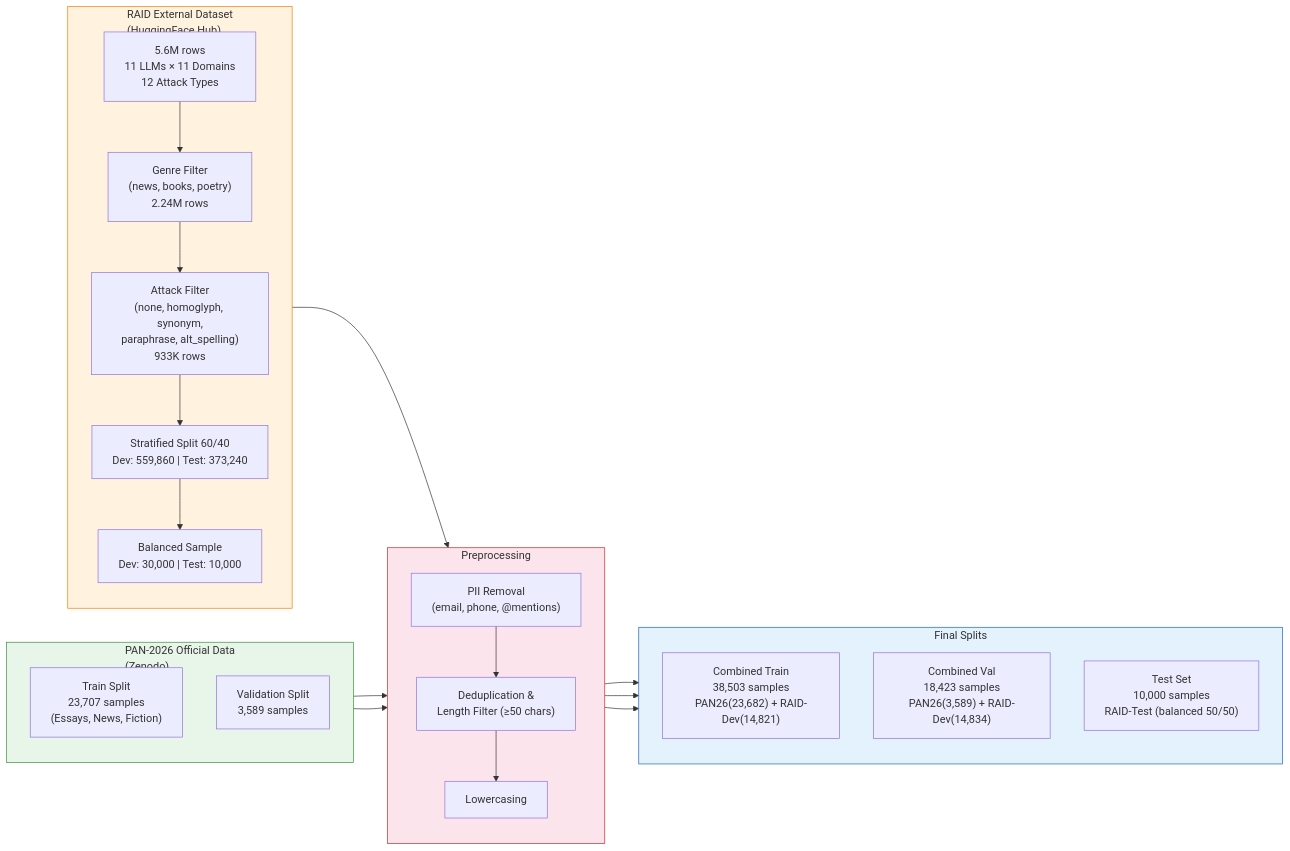
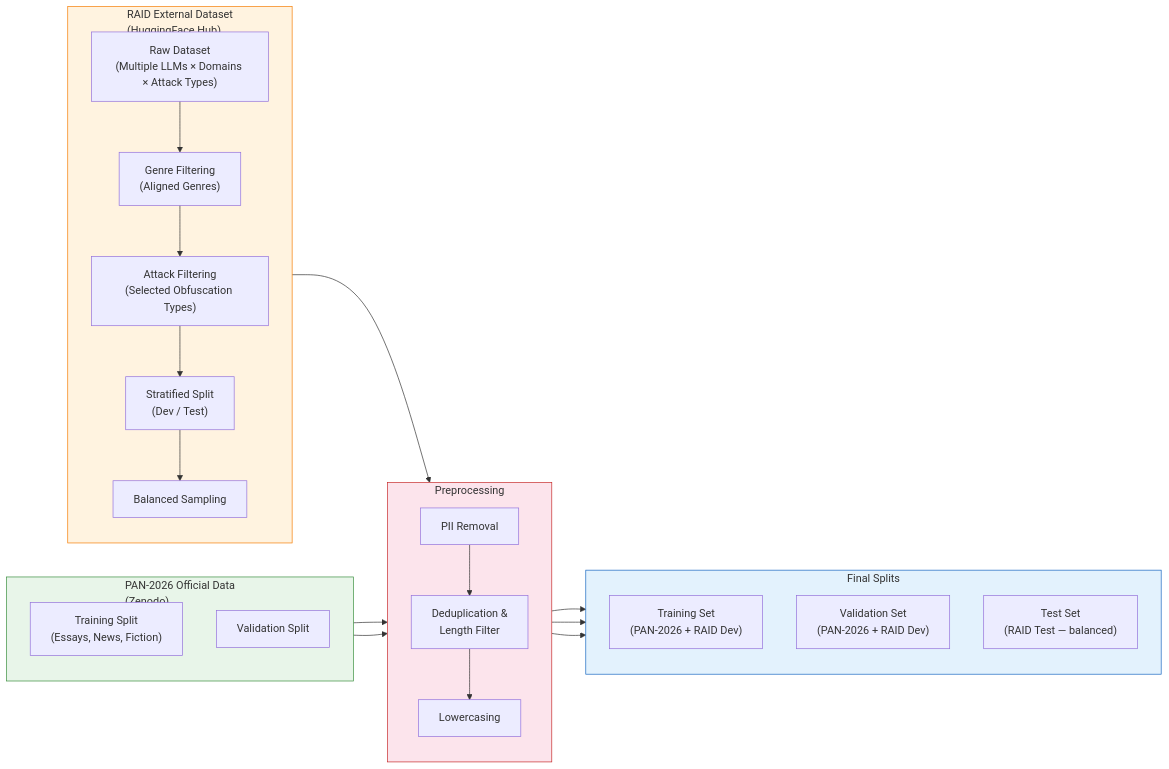
Before and after one commit to Mahmood-Anaam/radar: the diagram in docs/mermaid/data_pipeline.mmd, drawn with Mermaid. The commit also changed 4 other files, not shown here.

Commit message:
Generalize diagrams and finalize paper content for publication

```diff
--- a/docs/mermaid/data_pipeline.mmd
+++ b/docs/mermaid/data_pipeline.mmd
@@ -1,41 +1,41 @@
 flowchart LR
     subgraph PAN26["PAN-2026 Official Data\n(Zenodo)"]
         direction TB
-        P_TRAIN["Train Split\n23,707 samples\n(Essays, News, Fiction)"]
-        P_VAL["Validation Split\n3,589 samples"]
+        P_TRAIN["Training Split\n(Essays, News, Fiction)"]
+        P_VAL["Validation Split"]
     end
 
     subgraph RAID["RAID External Dataset\n(HuggingFace Hub)"]
         direction TB
-        R_RAW["5.6M rows\n11 LLMs × 11 Domains\n12 Attack Types"]
-        R_FILT["Genre Filter\n(news, books, poetry)\n2.24M rows"]
-        R_ATT["Attack Filter\n(none, homoglyph, synonym,\nparaphrase, alt_spelling)\n933K rows"]
-        R_SPLIT["Stratified Split 60/40\nDev: 559,860 | Test: 373,240"]
-        R_SAMPLE["Balanced Sample\nDev: 30,000 | Test: 10,000"]
+        R_RAW["Raw Dataset\n(Multiple LLMs × Domains × Attack Types)"]
+        R_FILT["Genre Filtering\n(Aligned Genres)"]
+        R_ATT["Attack Filtering\n(Selected Obfuscation Types)"]
+        R_SPLIT["Stratified Split\n(Dev / Test)"]
+        R_SAMPLE["Balanced Sampling"]
         R_RAW --> R_FILT --> R_ATT --> R_SPLIT --> R_SAMPLE
     end
 
     subgraph PREPROC["Preprocessing"]
         direction TB
-        PII["PII Removal\n(email, phone, @mentions)"]
-        DEDUP["Deduplication &\nLength Filter (≥50 chars)"]
+        PII["PII Removal"]
+        DEDUP["Deduplication &\nLength Filter"]
         LOWER["Lowercasing"]
     end
 
     subgraph FINAL["Final Splits"]
         direction TB
-        TRAIN_F["Combined Train\n38,503 samples\nPAN26(23,682) + RAID-Dev(14,821)"]
-        VAL_F["Combined Val\n18,423 samples\nPAN26(3,589) + RAID-Dev(14,834)"]
-        TEST_F["Test Set\n10,000 samples\nRAID-Test (balanced 50/50)"]
+        TRAIN_F["Training Set\n(PAN-2026 + RAID Dev)"]
+        VAL_F["Validation Set\n(PAN-2026 + RAID Dev)"]
+        TEST_F["Test Set\n(RAID Test — balanced)"]
     end
 
     P_TRAIN --> PII
     P_VAL --> PII
     R_SAMPLE --> PII
     PII --> DEDUP --> LOWER
     LOWER --> TRAIN_F & VAL_F & TEST_F
 
     style PAN26 fill:#e8f5e9,stroke:#388e3c
     style RAID fill:#fff3e0,stroke:#f57c00
     style PREPROC fill:#fce4ec,stroke:#c62828
     style FINAL fill:#e3f2fd,stroke:#1565c0
```
